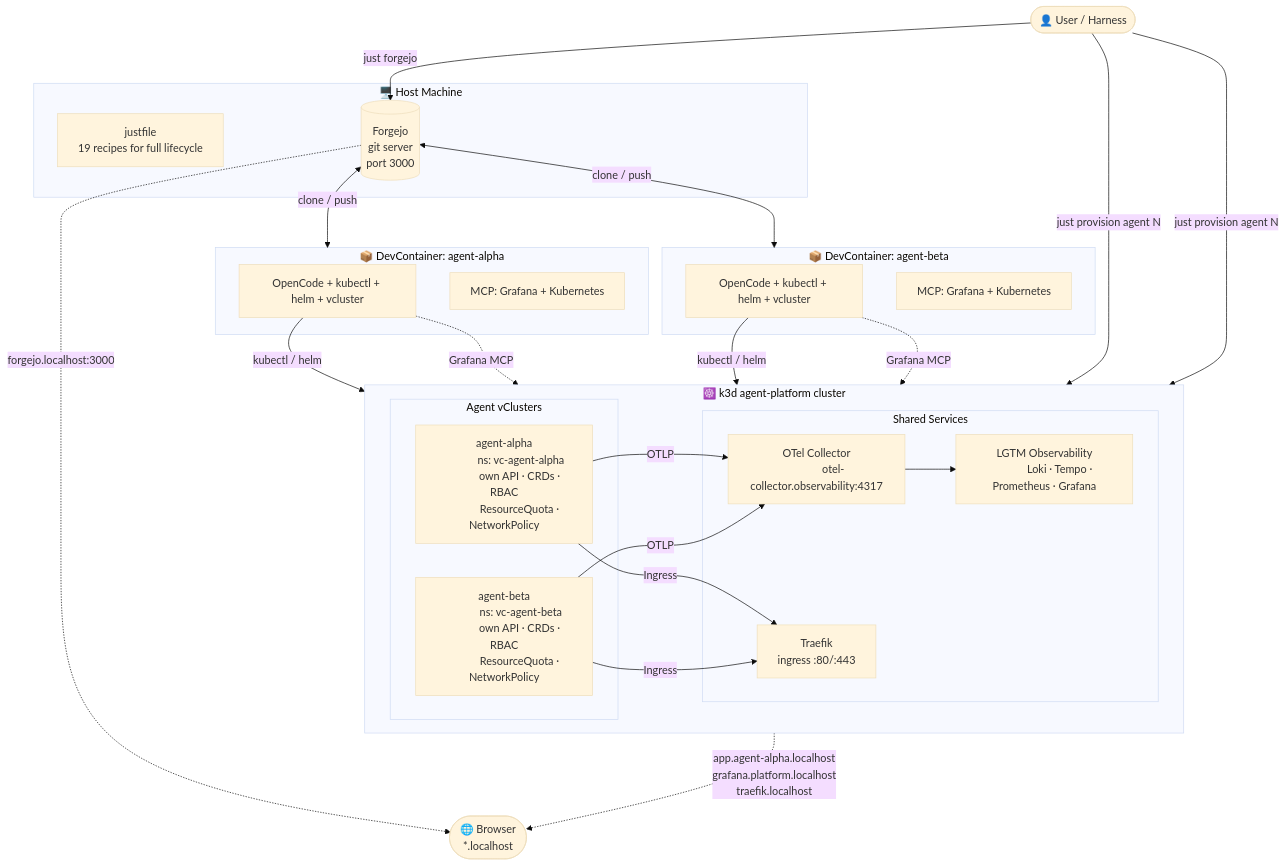
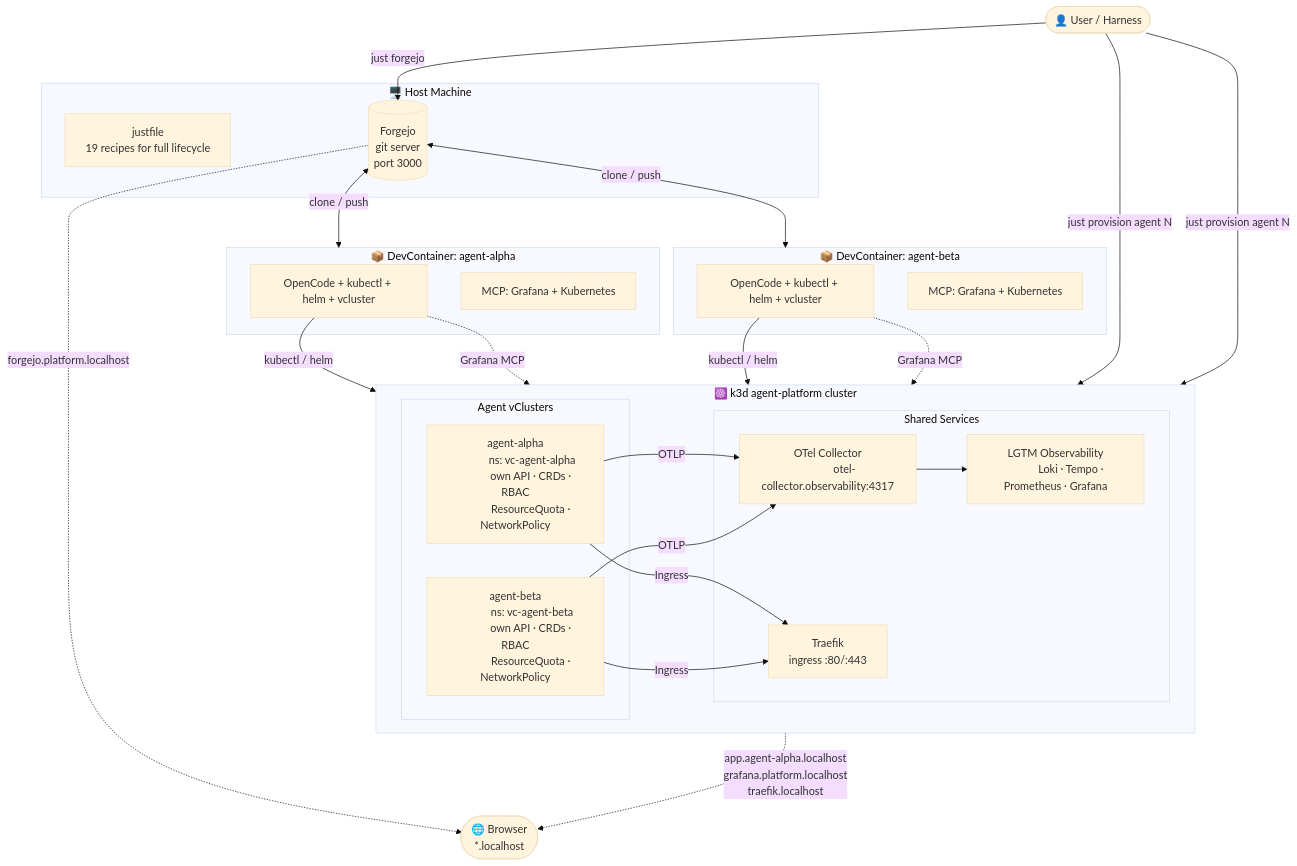
One commit to jensholdgaard/envykube changed the first of 4 diagrams in .opencode/architecture.md. Above: the diagram before and after it, drawn with Mermaid (base theme). The commit also changed 39 other files, not shown here.

```diff
--- a/.opencode/architecture.md
+++ b/.opencode/architecture.md
@@ -89,7 +89,7 @@
     TRAEFIK -.->|"app.agent-alpha.localhost
     grafana.platform.localhost
     traefik.localhost"| BROWSER
-    FORGEJO -.->|"forgejo.localhost:3000"| BROWSER
+    FORGEJO -.->|"forgejo.platform.localhost"| BROWSER
 
     %% Git
     FORGEJO <-->|clone / push| DC1
```
